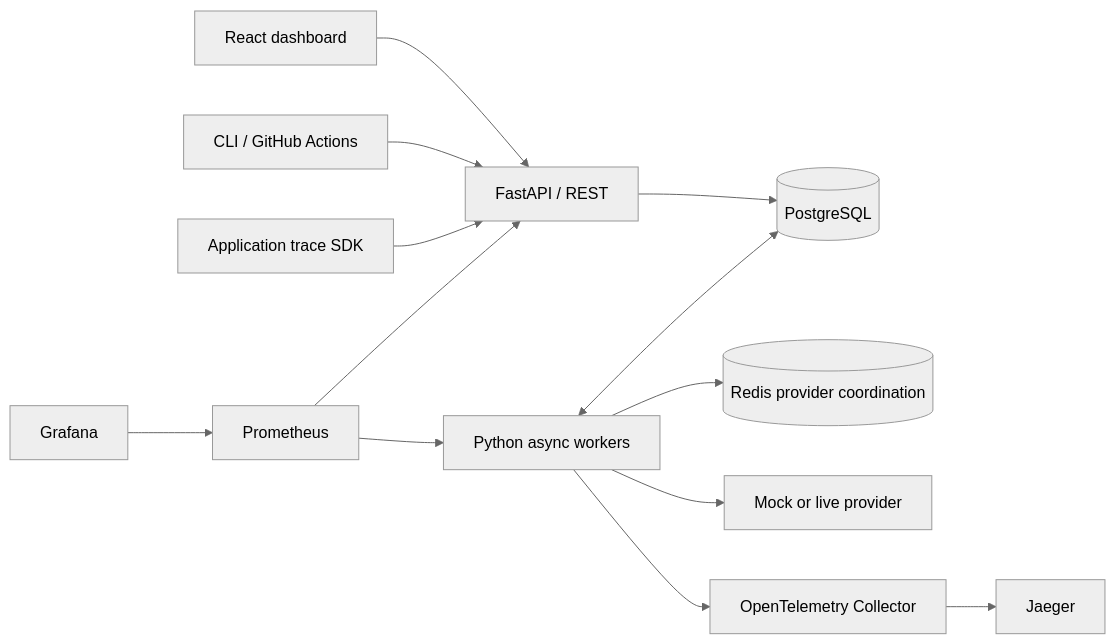
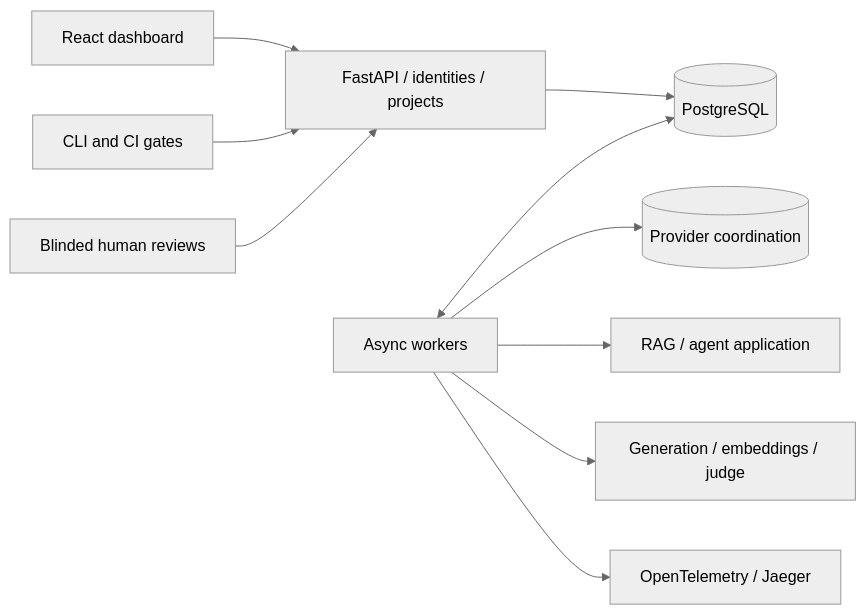
The diagram in README.md (Mei0707/LLM-Evaluation-Observability-Platform), drawn with Mermaid (neutral theme) before and after one commit. The commit also changed other lines of this file and 71 other files, not shown here.

````diff
--- a/README.md
+++ b/README.md
@@ -151,15 +144,12 @@
 ```mermaid
 flowchart LR
-    UI[React dashboard] --> API[FastAPI / REST]
-    CLI[CLI / GitHub Actions] --> API
-    SDK[Application trace SDK] --> API
+    UI[React dashboard] --> API[FastAPI / identities / projects]
+    CLI[CLI and CI gates] --> API
     API --> DB[(PostgreSQL)]
-    Worker[Python async workers] <--> DB
-    Worker --> Redis[(Redis provider coordination)]
-    Worker --> Provider[Mock or live provider]
-    Worker --> OTel[OpenTelemetry Collector]
-    OTel --> Jaeger[Jaeger]
-    Prom[Prometheus] --> API
-    Prom --> Worker
-    Grafana[Grafana] --> Prom
+    Workers[Async workers] <--> DB
+    Workers --> Redis[(Provider coordination)]
+    Workers --> Target[RAG / agent application]
+    Workers --> Models[Generation / embeddings / judge]
+    Workers --> OTel[OpenTelemetry / Jaeger]
+    Review[Blinded human reviews] --> API
 ```
````
